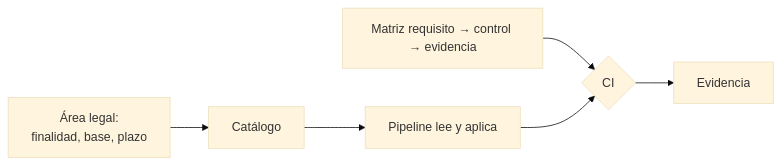
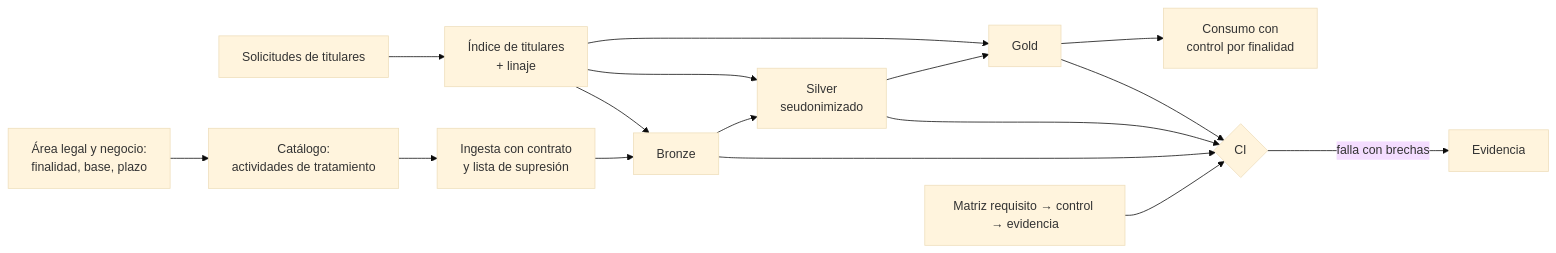
The diagram in content/concepts/chile-data-protection.md (fcp4891/de-knowledge-hub), drawn with Mermaid (base theme) before and after one commit. The commit also changed other lines of this file and 23 other files, not shown here.

````diff
--- a/content/concepts/chile-data-protection.md
+++ b/content/concepts/chile-data-protection.md
@@ -154,8 +214,12 @@
 ```mermaid
 flowchart LR
-  L["Área legal:<br/>finalidad, base, plazo"] --> C["Catálogo"]
-  C --> P["Pipeline lee y aplica"]
+  L["Área legal y negocio:<br/>finalidad, base, plazo"] --> C["Catálogo:<br/>actividades de tratamiento"]
+  C --> I["Ingesta con contrato<br/>y lista de supresión"]
+  I --> B["Bronze"] --> S["Silver<br/>seudonimizado"] --> G["Gold"]
+  G --> U["Consumo con<br/>control por finalidad"]
+  R["Solicitudes de titulares"] --> X["Índice de titulares<br/>+ linaje"]
+  X --> B & S & G
   M["Matriz requisito → control → evidencia"] --> CI{"CI"}
-  P --> CI
-  CI --> E["Evidencia"]
+  B & S & G --> CI
+  CI -- "falla con brechas" --> E["Evidencia"]
 ```
````
